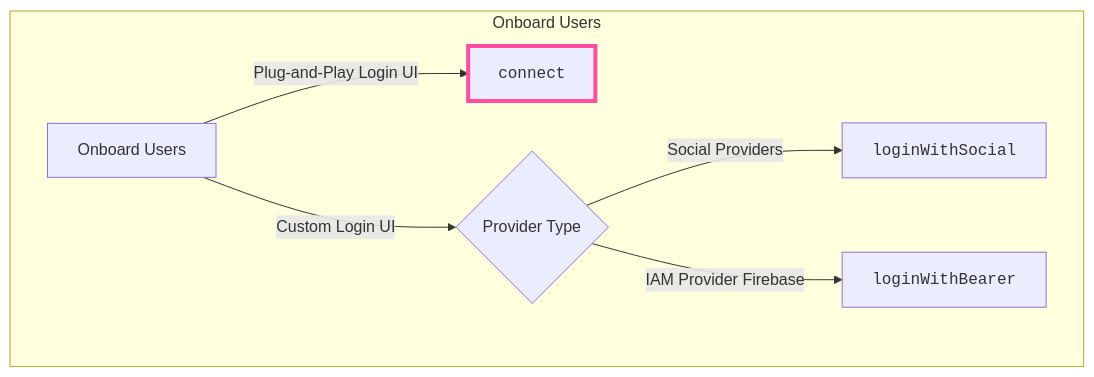
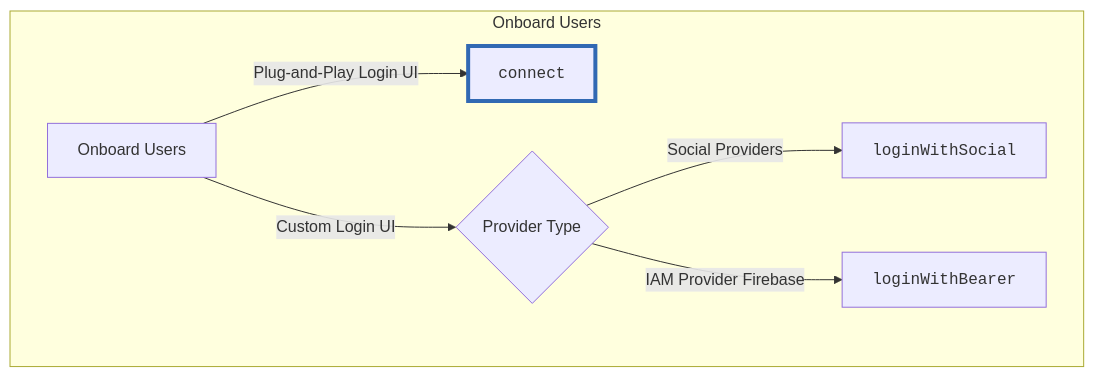
Before and after one commit to shaloo/docs.arcana: the second of 2 diagrams in docs/concepts/plug-and-play-auth.md, drawn with Mermaid. The commit also changed other lines of this file and 79 other files, not shown here.

````diff
--- a/docs/concepts/plug-and-play-auth.md
+++ b/docs/concepts/plug-and-play-auth.md
@@ -30,12 +30,12 @@
 ```mermaid
 flowchart LR
     subgraph B [Onboard Users]
     direction LR
         O[Onboard Users] -- Plug-and-Play Login UI--> F1[<code>connect</code>]
         O -- Custom Login UI --> P1{Provider Type} -- Social Providers --> G1[<code>loginWithSocial</code>]
         P1 -- IAM Provider Firebase --> H1[<code>loginWithBearer</code>]
     end
 
-classDef an-pink stroke:#ff4e9f,stroke-width:0.25rem;
-class F1 an-pink
+classDef an-highlight stroke:#3169b3,stroke-width:0.25rem;
+class F1 an-highlight
 ```
````
